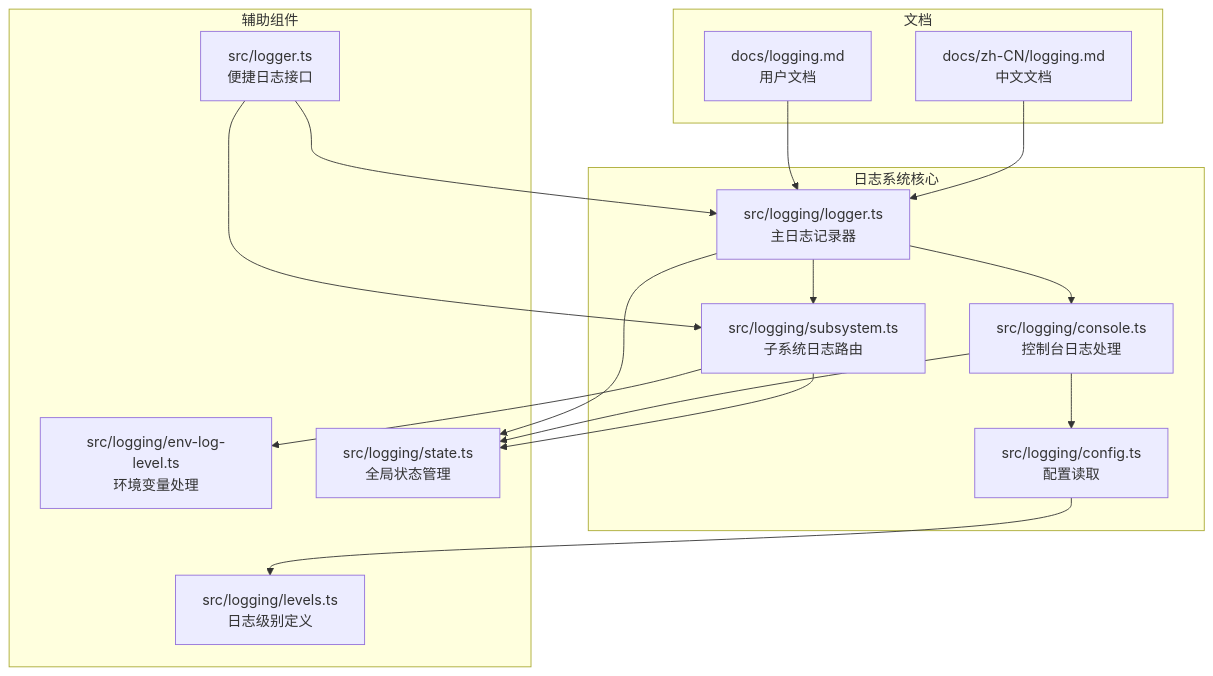
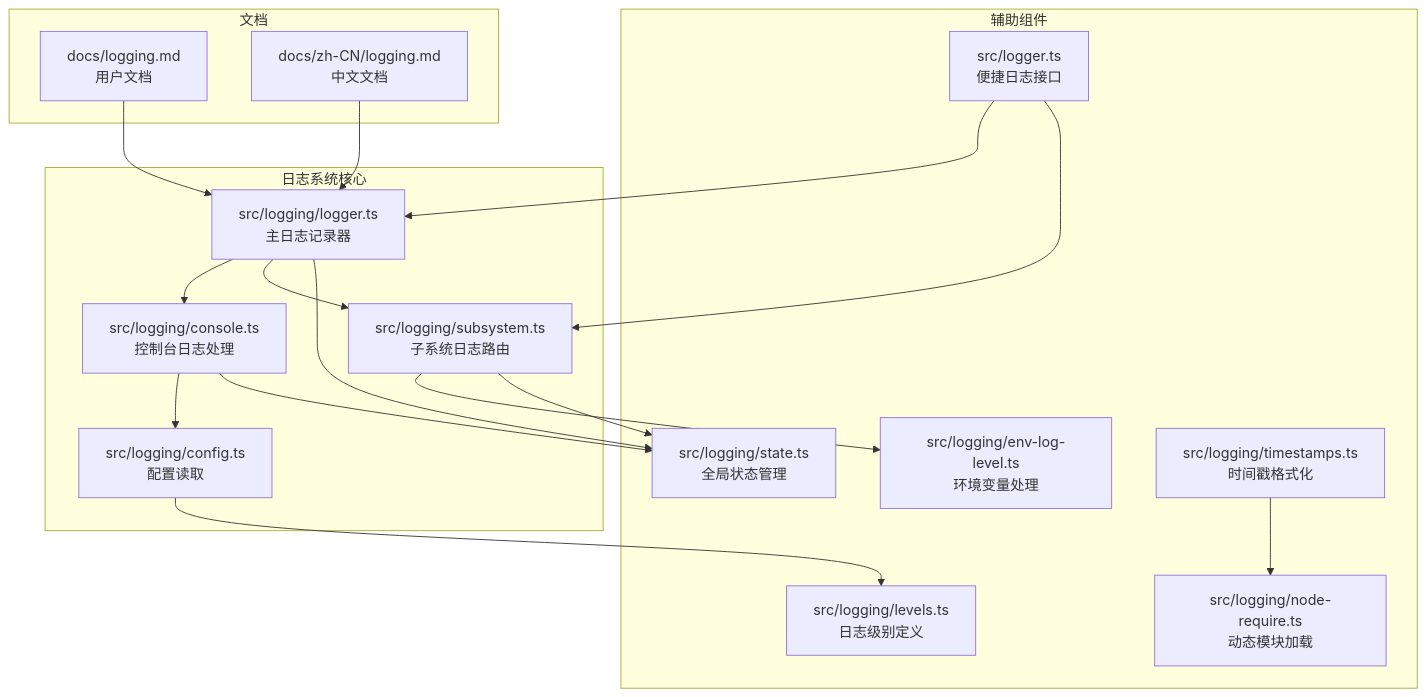
One commit to verse-ai-org/openclaw changed the first of 6 diagrams in .qoder/repowiki/zh/content/Temporary Logging Enhancement.md. Above: the diagram before and after it, drawn with Mermaid. The commit also changed other lines of this file and 35 other files, not shown here.

````diff
--- a/.qoder/repowiki/zh/content/Temporary Logging Enhancement.md
+++ b/.qoder/repowiki/zh/content/Temporary Logging Enhancement.md
@@ -45,31 +55,34 @@
 ```mermaid
 graph TB
 subgraph "日志系统核心"
 A[src/logging/logger.ts<br/>主日志记录器]
 B[src/logging/console.ts<br/>控制台日志处理]
 C[src/logging/subsystem.ts<br/>子系统日志路由]
 D[src/logging/config.ts<br/>配置读取]
 end
 subgraph "辅助组件"
 E[src/logging/env-log-level.ts<br/>环境变量处理]
 F[src/logging/state.ts<br/>全局状态管理]
 G[src/logging/levels.ts<br/>日志级别定义]
-H[src/logger.ts<br/>便捷日志接口]
+H[src/logging/timestamps.ts<br/>时间戳格式化]
+I[src/logging/node-require.ts<br/>动态模块加载]
+J[src/logger.ts<br/>便捷日志接口]
 end
 subgraph "文档"
-I[docs/logging.md<br/>用户文档]
-J[docs/zh-CN/logging.md<br/>中文文档]
+K[docs/logging.md<br/>用户文档]
+L[docs/zh-CN/logging.md<br/>中文文档]
 end
 A --> B
 A --> C
 B --> D
 C --> E
 A --> F
 B --> F
 C --> F
 D --> G
-H --> A
-H --> C
-I --> A
+H --> I
 J --> A
+J --> C
+K --> A
+L --> A
 ```
````
